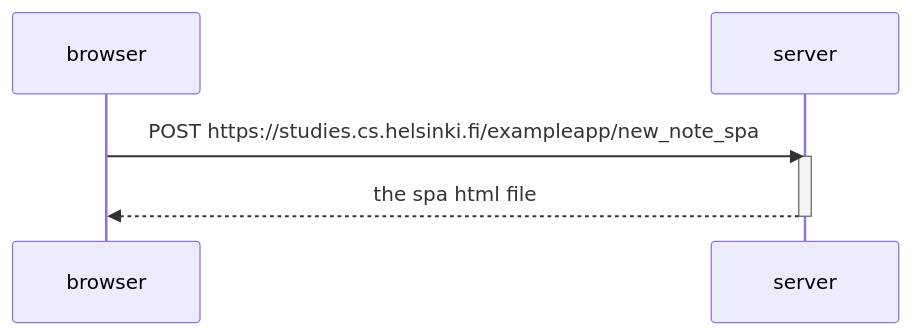
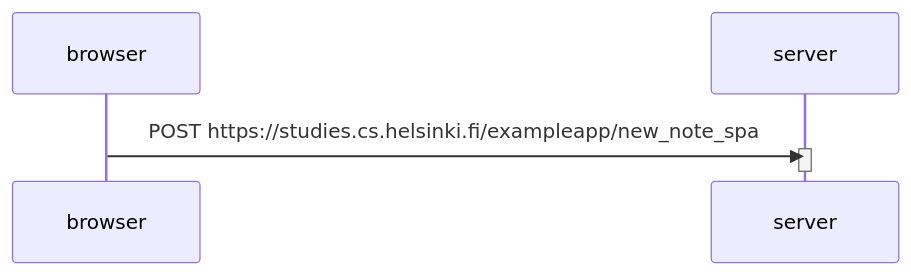
One commit to hughbuntine/WEBDEV changed the diagram in Part0/0-6.md. Above: the diagram before and after it, drawn with Mermaid.

Commit message:
0.6 draft 2

````diff
--- a/Part0/0-6.md
+++ b/Part0/0-6.md
@@ -1,11 +1,10 @@
 ```mermaid
 sequenceDiagram
     participant browser
     participant server
 
     browser->>server: POST https://studies.cs.helsinki.fi/exampleapp/new_note_spa
     activate server
-    server-->>browser: the spa html file
     deactivate server
 
 ```
````
